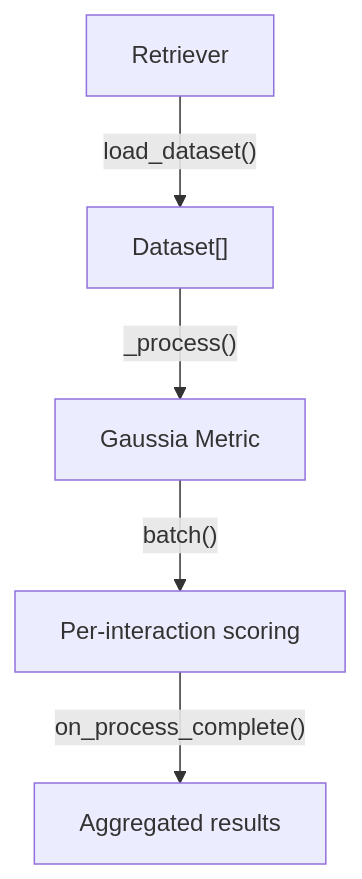
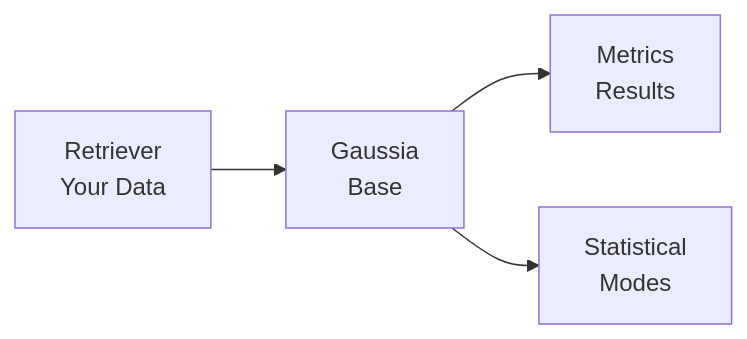
One commit to gaussia-labs/pygaussia changed the diagram in docs/concepts/architecture.mdx. Above: the diagram before and after it, drawn with Mermaid. The commit also changed other lines of this file and 10 other files, not shown here.

Commit message:
docs: expand metric guides and add metrics overview page

````diff
--- a/docs/concepts/architecture.mdx
+++ b/docs/concepts/architecture.mdx
@@ -10,7 +13,6 @@
-```mermaid
-flowchart TD
-    A["Retriever"] -->|"load_dataset()"| B["Dataset[]"]
-    B -->|"_process()"| C["Gaussia Metric"]
-    C -->|"batch()"| D["Per-interaction scoring"]
-    D -->|"on_process_complete()"| E["Aggregated results"]
-```
+  ```mermaid
+  flowchart LR
+      A["Retriever<br/>Your Data"] --> B["Gaussia<br/>Base"]
+      B --> C["Metrics<br/>Results"]
+      B --> D["Statistical<br/>Modes"]
+  ```
````
